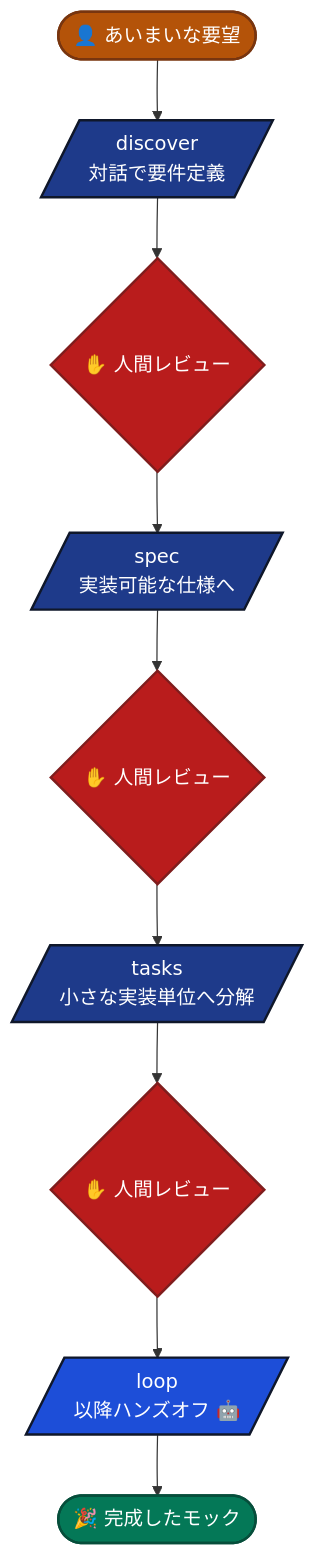
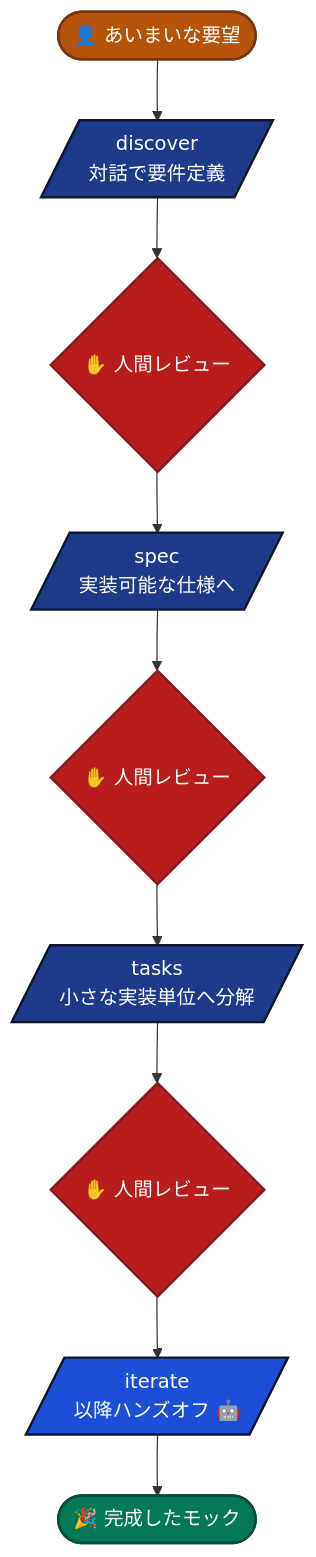
One commit to nukacha/claude-code-mock-starter changed the first of 2 diagrams in README.ja.md. Above: the diagram before and after it, drawn with Mermaid. The commit also changed other lines of this file and 7 other files, not shown here.

````diff
--- a/README.ja.md
+++ b/README.ja.md
@@ -207,21 +207,21 @@
 ```mermaid
 flowchart TD
     A([👤 あいまいな要望]) --> B[/discover<br/>対話で要件定義/]
     B --> R1{✋ 人間レビュー}
     R1 --> C[/spec<br/>実装可能な仕様へ/]
     C --> R2{✋ 人間レビュー}
     R2 --> D[/tasks<br/>小さな実装単位へ分解/]
     D --> R3{✋ 人間レビュー}
-    R3 --> E[/loop<br/>以降ハンズオフ 🤖/]
+    R3 --> E[/iterate<br/>以降ハンズオフ 🤖/]
     E --> F([🎉 完成したモック])
 
     style A fill:#b45309,stroke:#78350f,stroke-width:2px,color:#ffffff
     style B fill:#1e3a8a,stroke:#0f172a,stroke-width:2px,color:#ffffff
     style C fill:#1e3a8a,stroke:#0f172a,stroke-width:2px,color:#ffffff
     style D fill:#1e3a8a,stroke:#0f172a,stroke-width:2px,color:#ffffff
     style E fill:#1d4ed8,stroke:#0f172a,stroke-width:2px,color:#ffffff
     style F fill:#047857,stroke:#064e3b,stroke-width:2px,color:#ffffff
     style R1 fill:#b91c1c,stroke:#7f1d1d,stroke-width:2px,color:#ffffff
     style R2 fill:#b91c1c,stroke:#7f1d1d,stroke-width:2px,color:#ffffff
     style R3 fill:#b91c1c,stroke:#7f1d1d,stroke-width:2px,color:#ffffff
 ```
````
